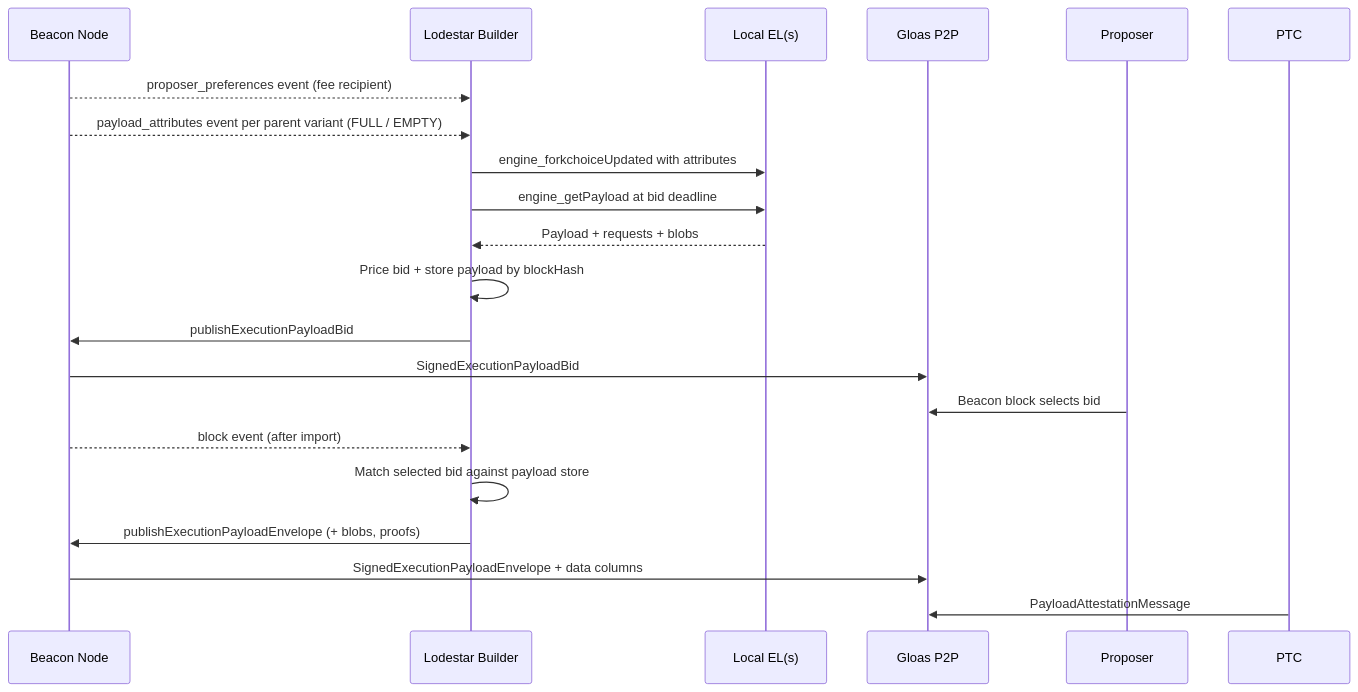
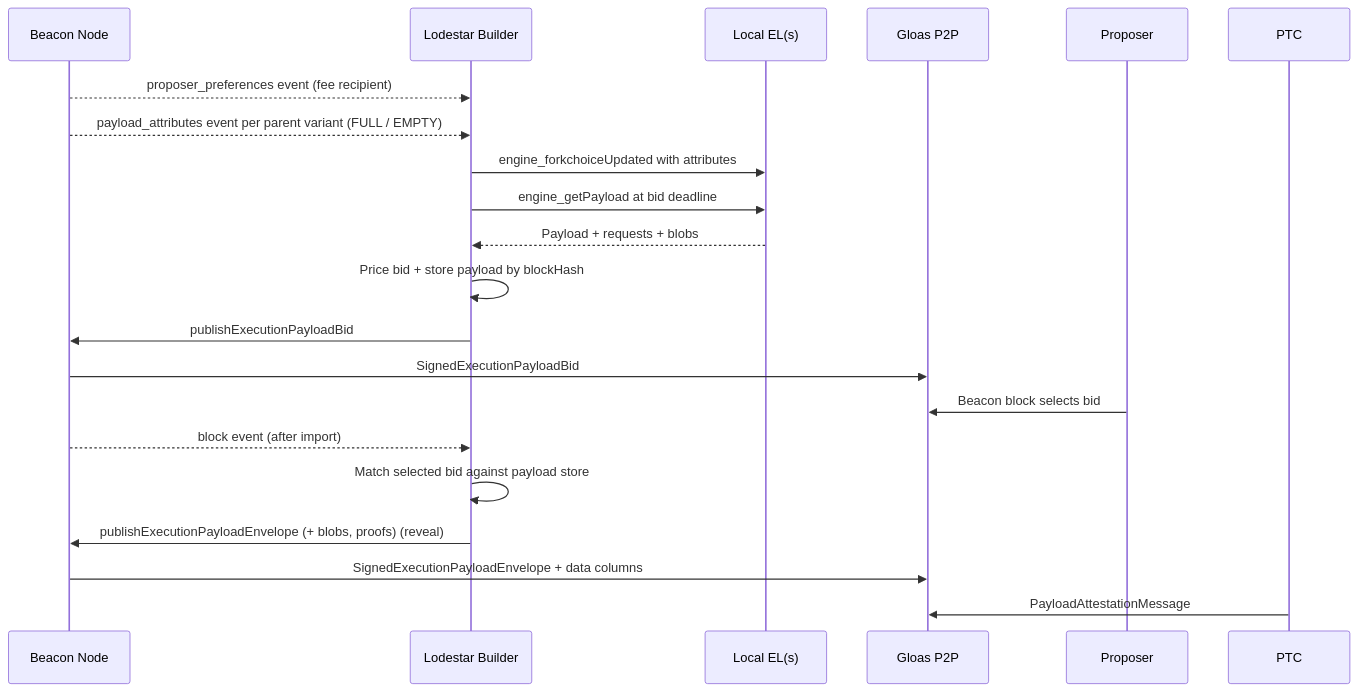
One commit to eth-protocol-fellows/cohort-seven changed the first of 3 diagrams in projects/lodestar-eip-7732-builder.md. Above: the diagram before and after it, drawn with Mermaid.

````diff
--- a/projects/lodestar-eip-7732-builder.md
+++ b/projects/lodestar-eip-7732-builder.md
@@ -27,24 +27,24 @@
 ```mermaid
 sequenceDiagram
     participant BN as Beacon Node
     participant B as Lodestar Builder
     participant EL as Local EL(s)
     participant P2P as Gloas P2P
     participant P as Proposer
     participant PTC as PTC
 
     BN-->>B: proposer_preferences event (fee recipient)
     BN-->>B: payload_attributes event per parent variant (FULL / EMPTY)
     B->>EL: engine_forkchoiceUpdated with attributes
     B->>EL: engine_getPayload at bid deadline
     EL-->>B: Payload + requests + blobs
     B->>B: Price bid + store payload by blockHash
     B->>BN: publishExecutionPayloadBid
     BN->>P2P: SignedExecutionPayloadBid
     P->>P2P: Beacon block selects bid
     BN-->>B: block event (after import)
     B->>B: Match selected bid against payload store
-    B->>BN: publishExecutionPayloadEnvelope (+ blobs, proofs)
+    B->>BN: publishExecutionPayloadEnvelope (+ blobs, proofs) (reveal)
     BN->>P2P: SignedExecutionPayloadEnvelope + data columns
     PTC->>P2P: PayloadAttestationMessage
 ```
````
